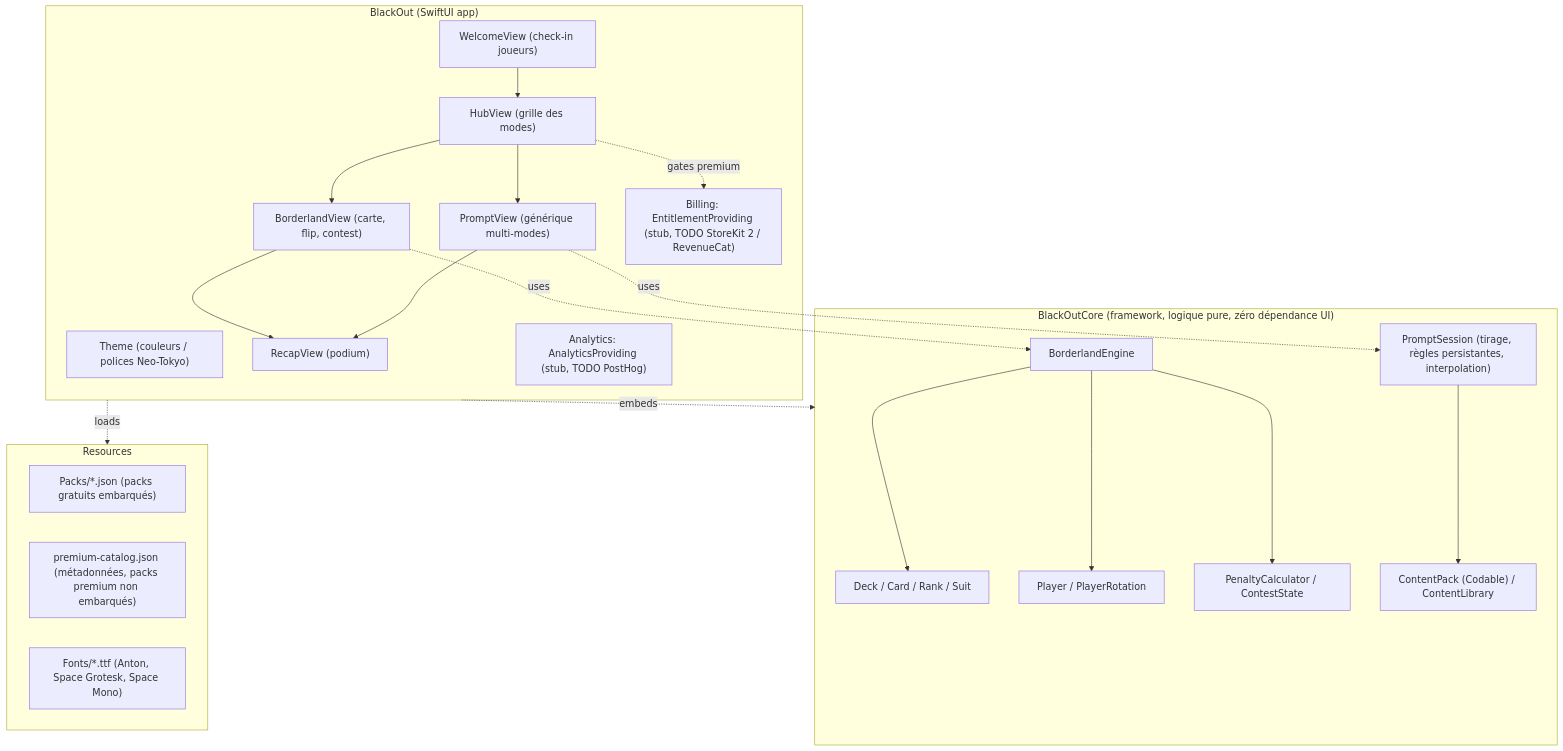
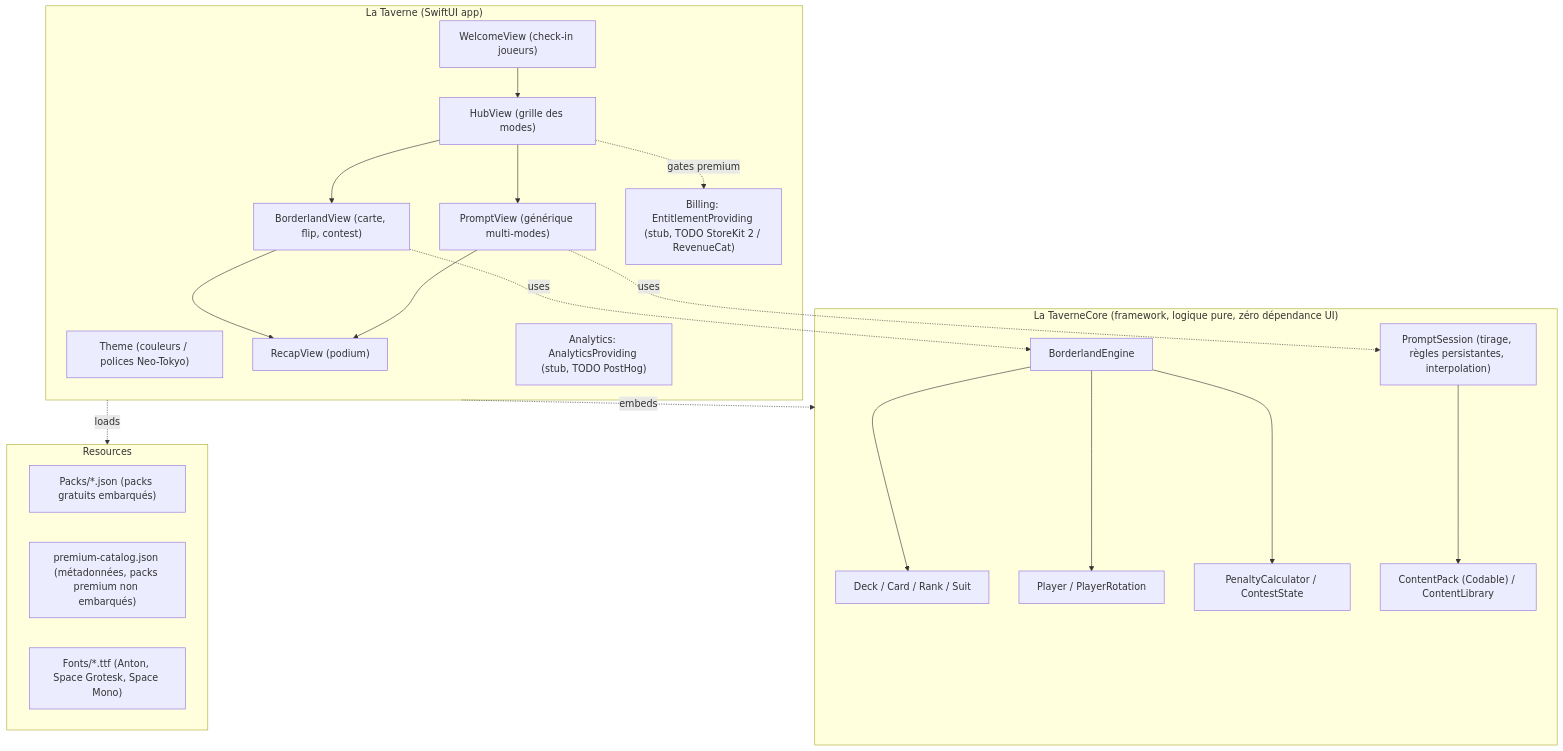
The diagram in README.md (Adam-Blf/bacchana-ios), drawn with Mermaid before and after one commit. The commit also changed other lines of this file and 59 other files, not shown here.

````diff
--- a/README.md
+++ b/README.md
@@ -49,42 +49,42 @@
 ```mermaid
 flowchart TD
-    subgraph Core["BlackOutCore (framework, logique pure, zéro dépendance UI)"]
+    subgraph Core["La TaverneCore (framework, logique pure, zéro dépendance UI)"]
         Deck["Deck / Card / Rank / Suit"]
         Player["Player / PlayerRotation"]
         Penalty["PenaltyCalculator / ContestState"]
         Engine["BorderlandEngine"]
         Content["ContentPack (Codable) / ContentLibrary"]
         Prompt["PromptSession (tirage, règles persistantes, interpolation)"]
     end
 
-    subgraph App["BlackOut (SwiftUI app)"]
+    subgraph App["La Taverne (SwiftUI app)"]
         Theme["Theme (couleurs / polices Neo-Tokyo)"]
         Welcome["WelcomeView (check-in joueurs)"]
         Hub["HubView (grille des modes)"]
         Borderland["BorderlandView (carte, flip, contest)"]
         PromptView["PromptView (générique multi-modes)"]
         Recap["RecapView (podium)"]
         Billing["Billing: EntitlementProviding (stub, TODO StoreKit 2 / RevenueCat)"]
         Analytics["Analytics: AnalyticsProviding (stub, TODO PostHog)"]
     end
 
     subgraph Resources["Resources"]
         Packs["Packs/*.json (packs gratuits embarqués)"]
         Catalog["premium-catalog.json (métadonnées, packs premium non embarqués)"]
         Fonts["Fonts/*.ttf (Anton, Space Grotesk, Space Mono)"]
     end
 
     Welcome --> Hub --> Borderland
     Hub --> PromptView
     Borderland --> Recap
     PromptView --> Recap
     Engine --> Deck
     Engine --> Player
     Engine --> Penalty
     Prompt --> Content
     Borderland -.uses.-> Engine
     PromptView -.uses.-> Prompt
     App -.embeds.-> Core
     App -.loads.-> Resources
     Hub -.gates premium.-> Billing
 ```
````
